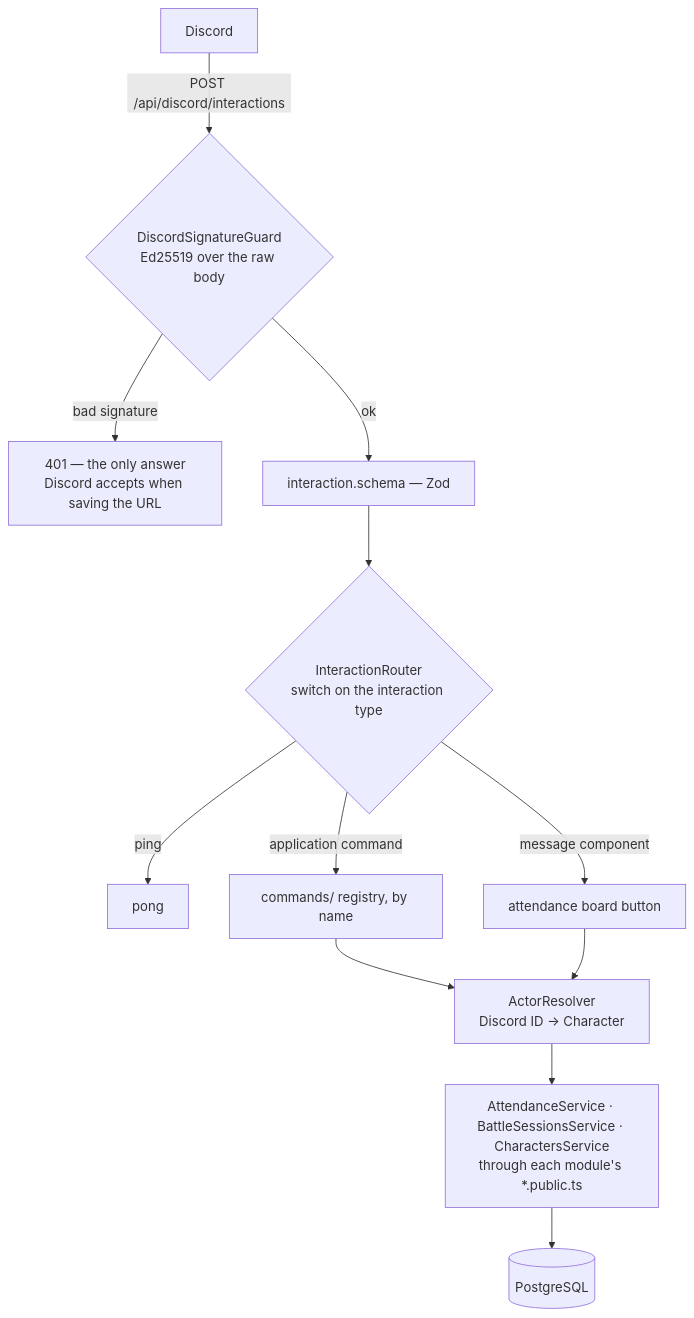
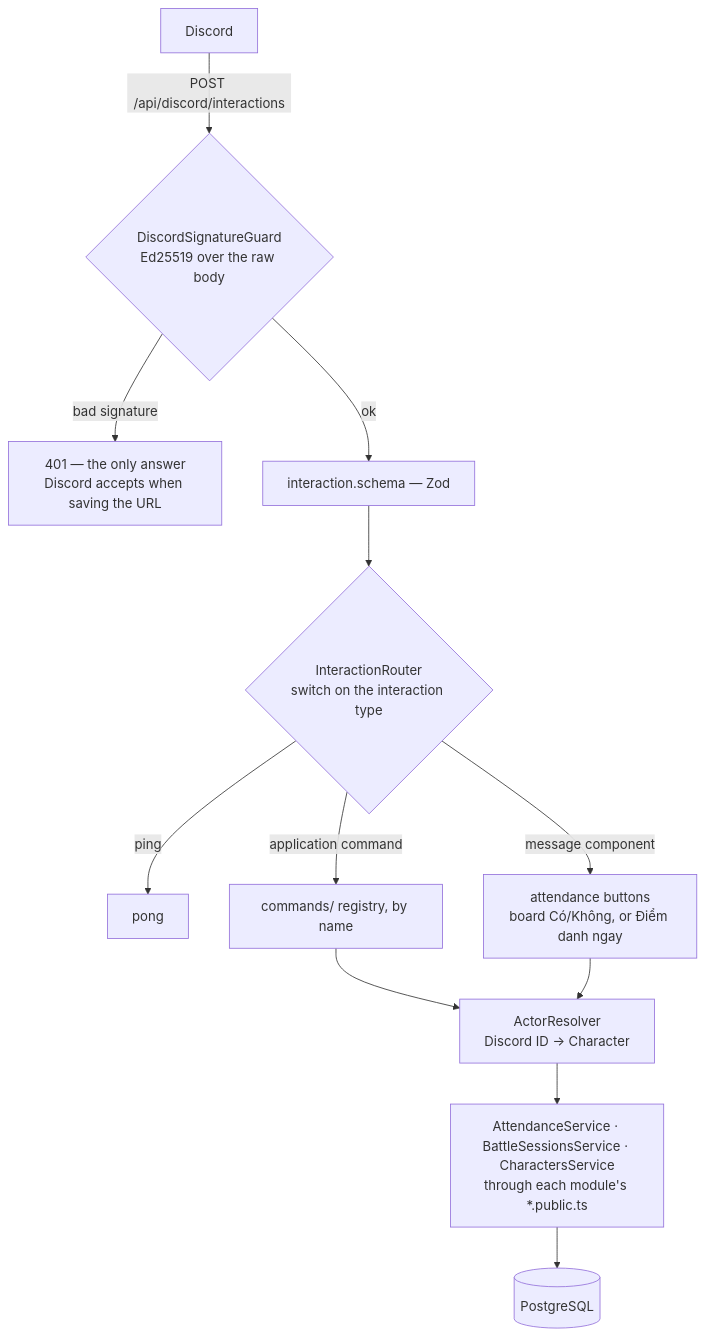
One commit to minhhuy1201/guild-manager changed the fourth of 6 diagrams in docs/architecture.md. Above: the diagram before and after it, drawn with Mermaid. The commit also changed other lines of this file, not shown here.

First line of the commit message:
docs: correct the Discord button and bearer-token descriptions

````diff
--- a/docs/architecture.md
+++ b/docs/architecture.md
@@ -293,14 +293,14 @@
 ```mermaid
 flowchart TB
     D["Discord"] -->|"POST /api/discord/interactions"| G{"DiscordSignatureGuard<br/>Ed25519 over the raw body"}
     G -->|"bad signature"| E["401 — the only answer<br/>Discord accepts when saving the URL"]
     G -->|"ok"| S["interaction.schema — Zod"]
     S --> R{"InteractionRouter<br/>switch on the interaction type"}
     R -->|"ping"| P["pong"]
     R -->|"application command"| C["commands/ registry, by name"]
-    R -->|"message component"| BT["attendance board button"]
+    R -->|"message component"| BT["attendance buttons<br/>board Có/Không, or Điểm danh ngay"]
     C --> AR["ActorResolver<br/>Discord ID → Character"]
     BT --> AR
     AR --> SVC["AttendanceService · BattleSessionsService · CharactersService<br/>through each module's *.public.ts"]
     SVC --> DB[("PostgreSQL")]
 ```
````
